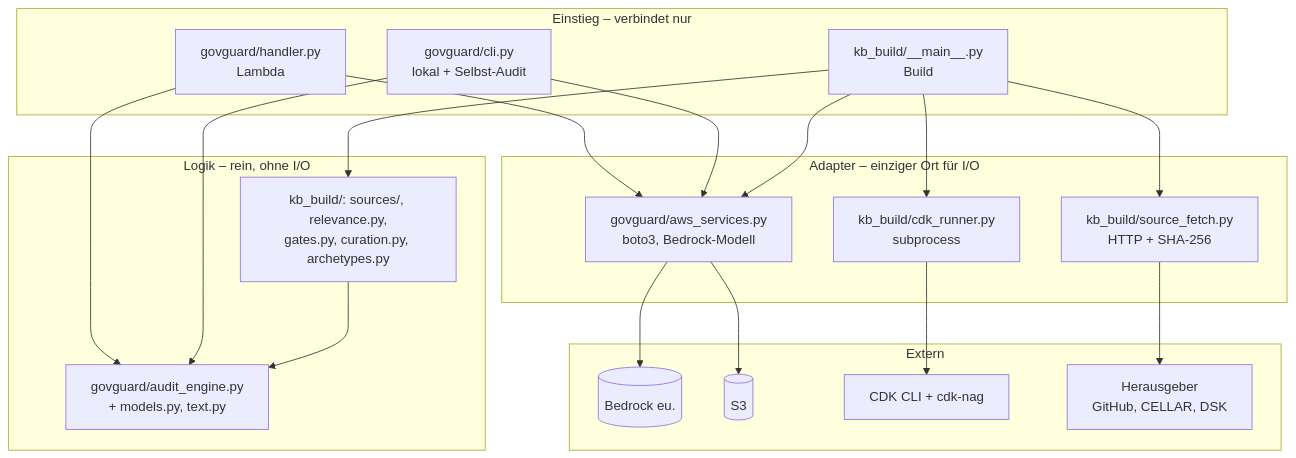
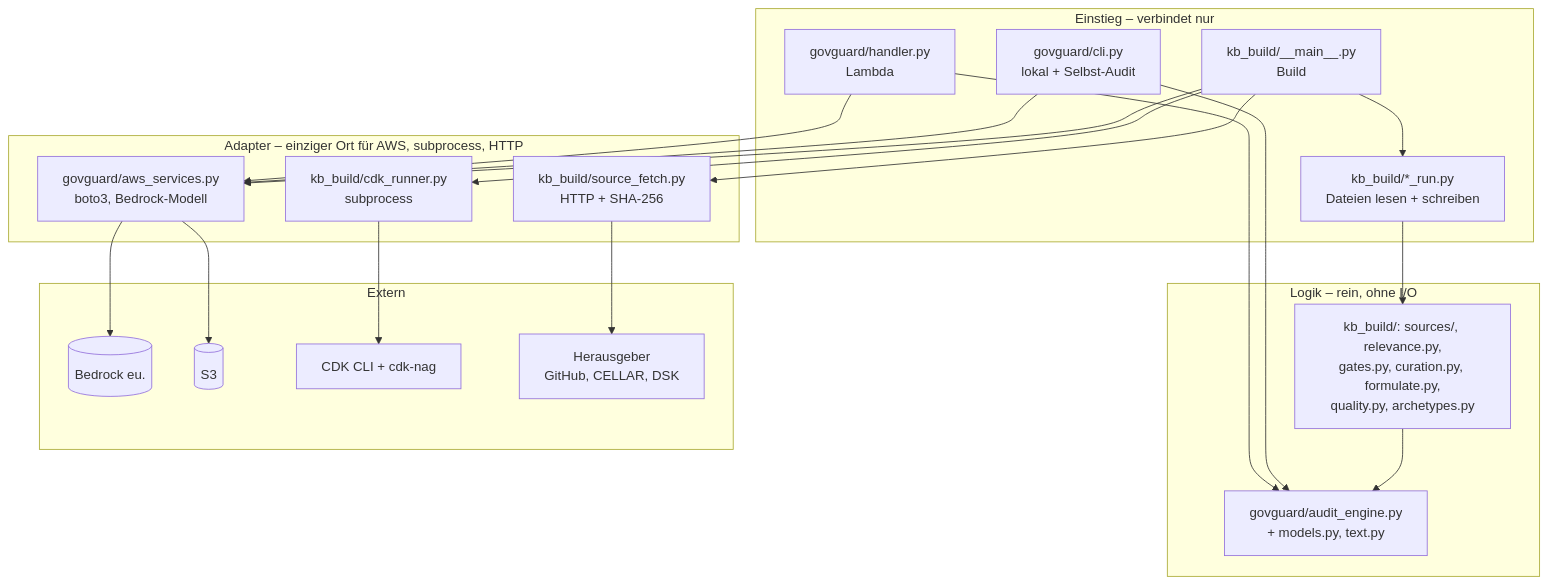
The fourth of 4 diagrams in docs/ARCHITECTURE.md (Daniel74/GovGuard), drawn with Mermaid before and after one commit. The commit also changed other lines of this file and 13 other files, not shown here.

````diff
--- a/docs/ARCHITECTURE.md
+++ b/docs/ARCHITECTURE.md
@@ -255,31 +257,32 @@
 ```mermaid
 flowchart TB
   subgraph E["Einstieg – verbindet nur"]
     H["govguard/handler.py<br/>Lambda"]
     C["govguard/cli.py<br/>lokal + Selbst-Audit"]
     M["kb_build/__main__.py<br/>Build"]
+    R["kb_build/*_run.py<br/>Dateien lesen + schreiben"]
   end
   subgraph L["Logik – rein, ohne I/O"]
     AE["govguard/audit_engine.py<br/>+ models.py, text.py"]
-    KB["kb_build/: sources/, relevance.py,<br/>gates.py, curation.py, archetypes.py"]
+    KB["kb_build/: sources/, relevance.py,<br/>gates.py, curation.py, formulate.py,<br/>quality.py, archetypes.py"]
   end
-  subgraph A["Adapter – einziger Ort für I/O"]
+  subgraph A["Adapter – einziger Ort für AWS, subprocess, HTTP"]
     AWS["govguard/aws_services.py<br/>boto3, Bedrock-Modell"]
     CDK["kb_build/cdk_runner.py<br/>subprocess"]
     FE["kb_build/source_fetch.py<br/>HTTP + SHA-256"]
   end
   subgraph X["Extern"]
     B[("Bedrock eu.")]
     S3[("S3")]
     CL["CDK CLI + cdk-nag"]
     HG["Herausgeber<br/>GitHub, CELLAR, DSK"]
   end
   H & C --> AE
   H & C --> AWS
-  M --> KB
+  M --> R --> KB
   M --> AWS & CDK & FE
   KB --> AE
   AWS --> B & S3
   CDK --> CL
   FE --> HG
 ```
````
